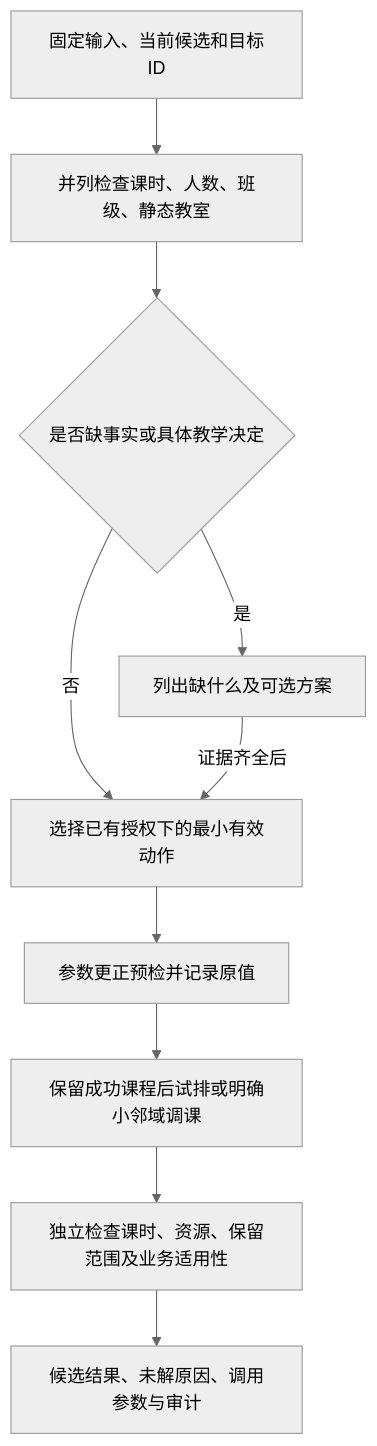
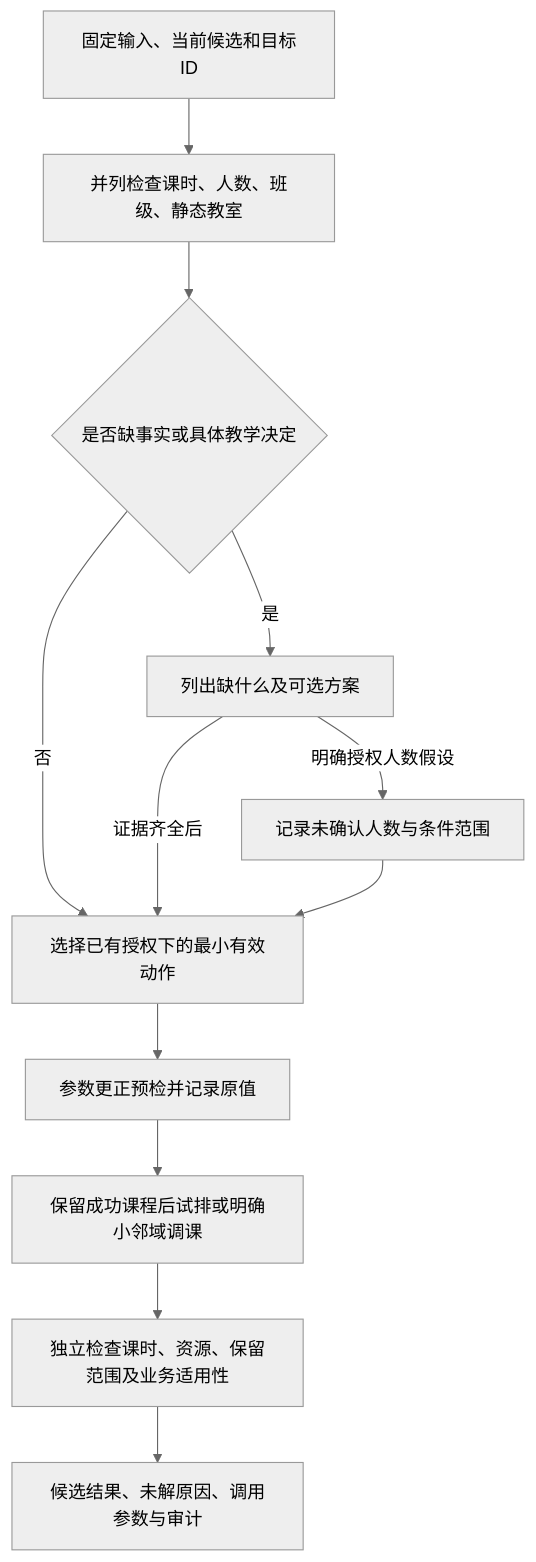
The diagram in docs/排课修复方法论.md (qingxial/timetable), drawn with Mermaid (neutral theme) before and after one commit. The commit also changed other lines of this file and 17 other files, not shown here.

````diff
--- a/docs/排课修复方法论.md
+++ b/docs/排课修复方法论.md
@@ -18,12 +19,14 @@
 ```mermaid
 flowchart TD
   A[固定输入、当前候选和目标ID] --> B[并列检查课时、人数、班级、静态教室]
   B --> C{是否缺事实或具体教学决定}
   C -->|是| D[列出缺什么及可选方案]
   C -->|否| E[选择已有授权下的最小有效动作]
   D -->|证据齐全后| E
+  D -->|明确授权人数假设| J[记录未确认人数与条件范围]
+  J --> E
   E --> F[参数更正预检并记录原值]
   F --> G[保留成功课程后试排或明确小邻域调课]
   G --> H[独立检查课时、资源、保留范围及业务适用性]
   H --> I[候选结果、未解原因、调用参数与审计]
 ```
````
